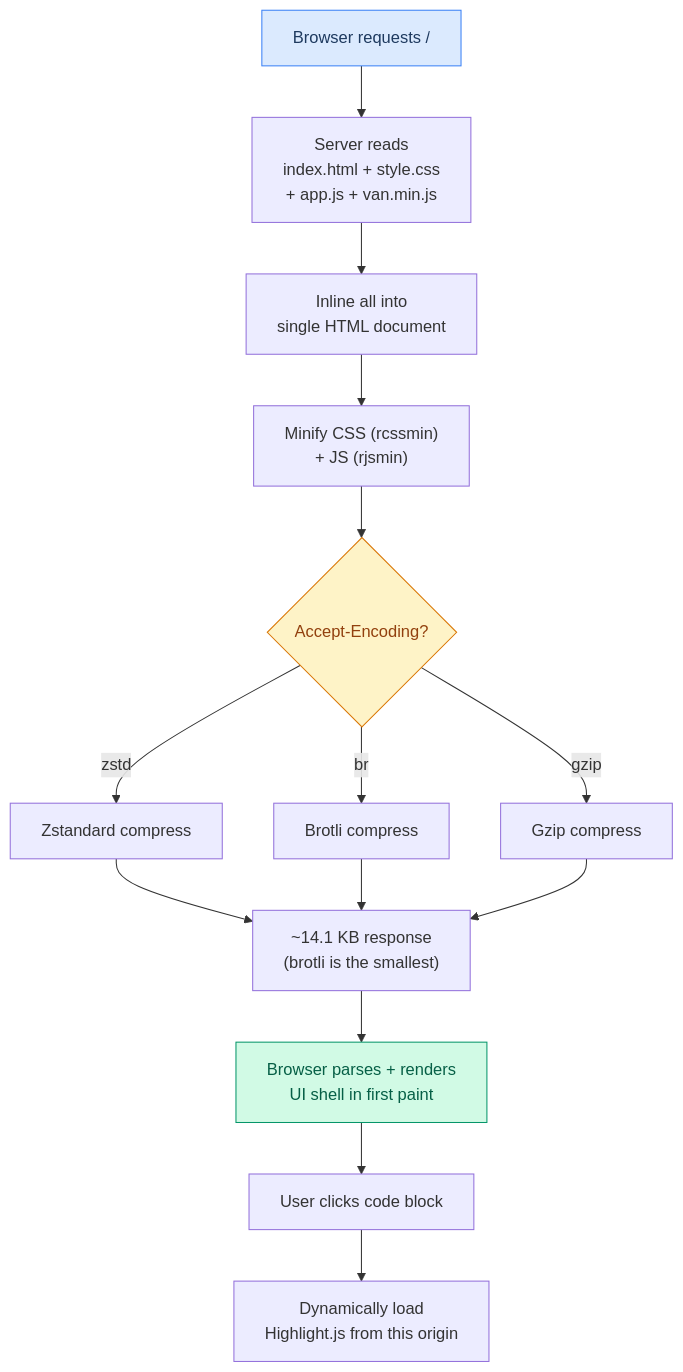
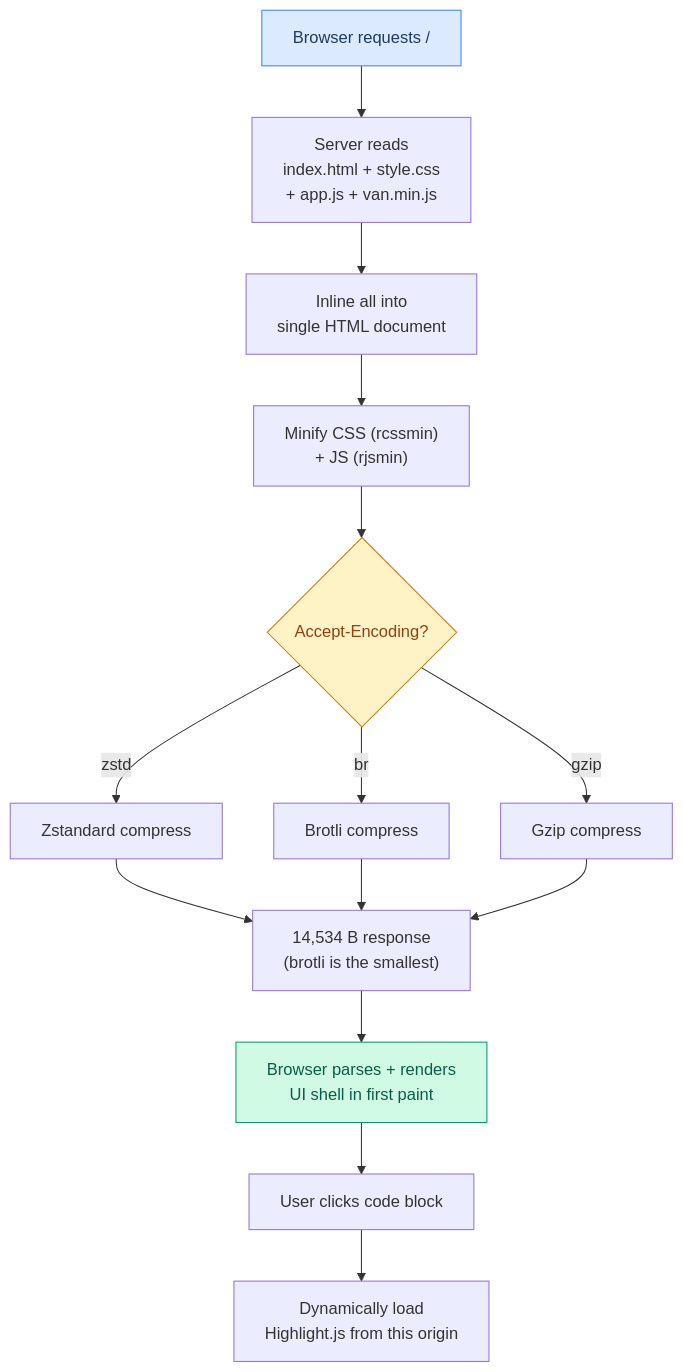
Before and after one commit to maci0/recoverage: diagram 16 of 17 in docs/USER_STORIES.md, drawn with Mermaid. The commit also changed other lines of this file and 4 other files, not shown here.

````diff
--- a/docs/USER_STORIES.md
+++ b/docs/USER_STORIES.md
@@ -507,21 +507,21 @@
 ```mermaid
 graph TD
     A["Browser requests /"] --> B["Server reads<br/>index.html + style.css<br/>+ app.js + van.min.js"]
     B --> C["Inline all into<br/>single HTML document"]
     C --> D["Minify CSS (rcssmin)<br/>+ JS (rjsmin)"]
     D --> E{"Accept-Encoding?"}
     E -->|zstd| F["Zstandard compress"]
     E -->|br| G["Brotli compress"]
     E -->|gzip| H["Gzip compress"]
-    F --> I["~14.1 KB response<br/>(brotli is the smallest)"]
+    F --> I["14,534 B response<br/>(brotli is the smallest)"]
     G --> I
     H --> I
     I --> J["Browser parses + renders<br/>UI shell in first paint"]
 
     J --> K["User clicks code block"]
     K --> L["Dynamically load<br/>Highlight.js from this origin"]
 
     style A fill:#dbeafe,stroke:#3b82f6,color:#1e3a5f
     style J fill:#d1fae5,stroke:#059669,color:#065f46
     style E fill:#fef3c7,stroke:#d97706,color:#92400e
 ```
````
